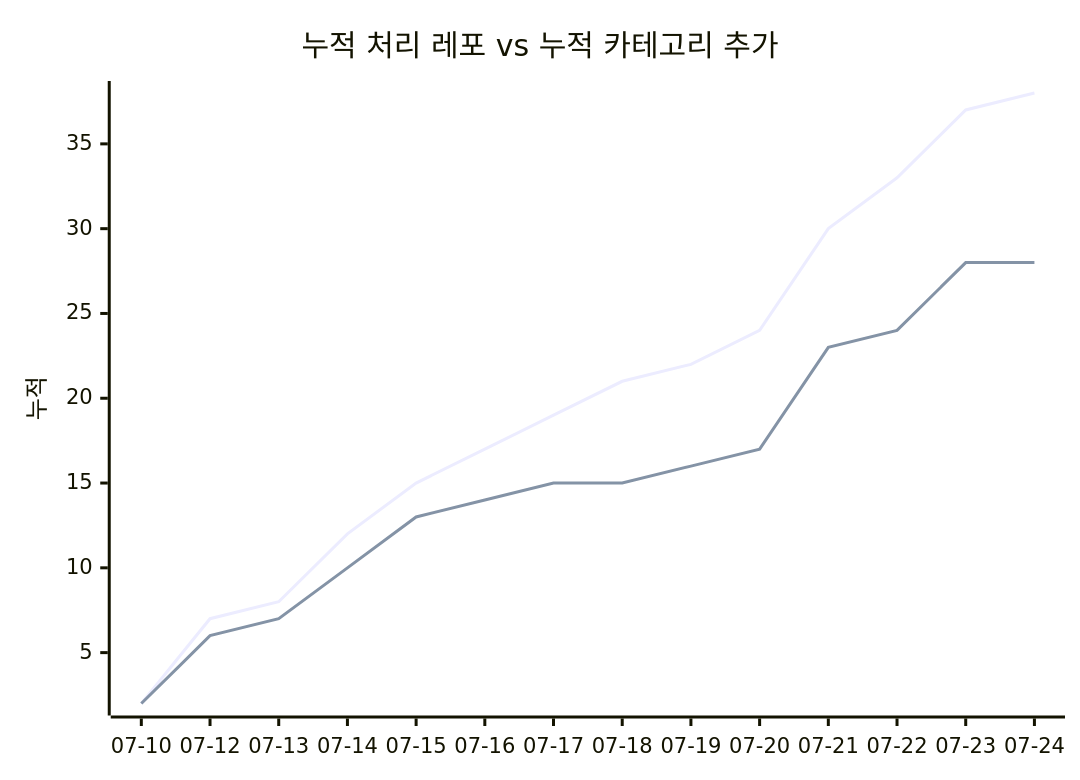
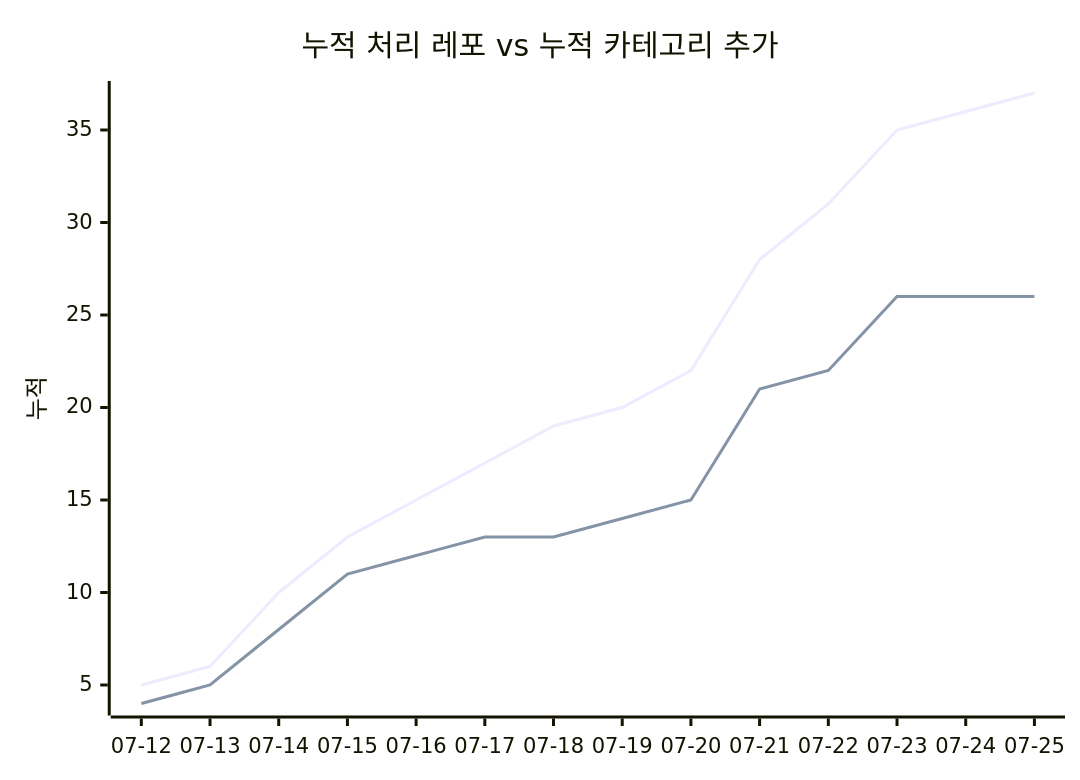
One commit to J-nowcow/awesome-korean-agent-skills changed the second of 2 diagrams in docs/trends.md. Above: the diagram before and after it, drawn with Mermaid. The commit also changed other lines of this file and 2 other files, not shown here.

````diff
--- a/docs/trends.md
+++ b/docs/trends.md
@@ -68,8 +68,8 @@
 ```mermaid
 xychart-beta
     title "누적 처리 레포 vs 누적 카테고리 추가"
-    x-axis ["07-10","07-12","07-13","07-14","07-15","07-16","07-17","07-18","07-19","07-20","07-21","07-22","07-23","07-24"]
+    x-axis ["07-12","07-13","07-14","07-15","07-16","07-17","07-18","07-19","07-20","07-21","07-22","07-23","07-24","07-25"]
     y-axis "누적"
-    line [2,7,8,12,15,17,19,21,22,24,30,33,37,38]
-    line [2,6,7,10,13,14,15,15,16,17,23,24,28,28]
+    line [5,6,10,13,15,17,19,20,22,28,31,35,36,37]
+    line [4,5,8,11,12,13,13,14,15,21,22,26,26,26]
 ```
````
